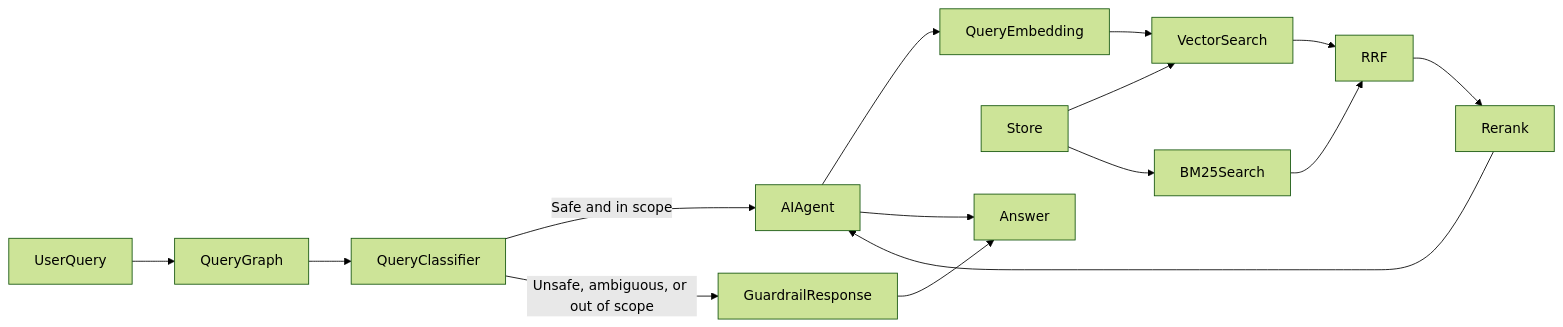
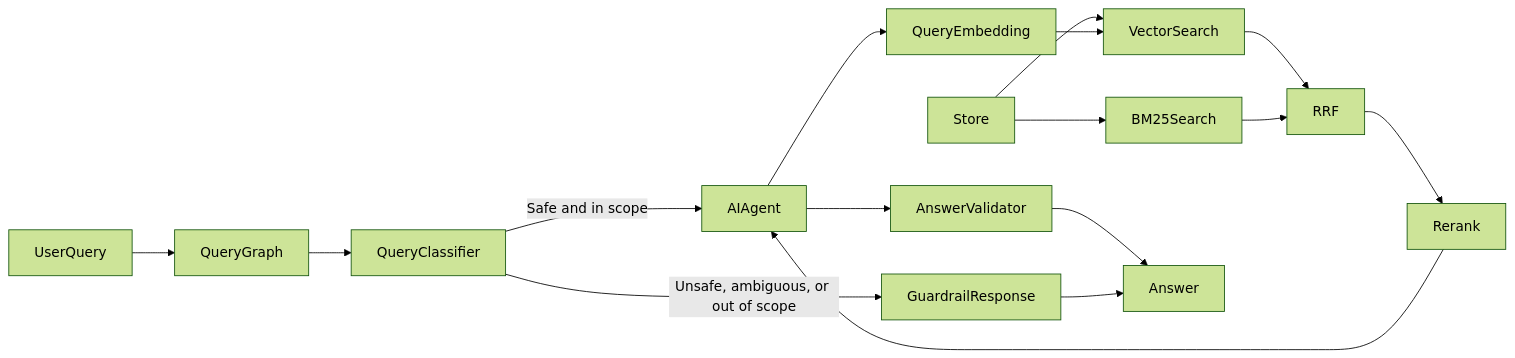
Before and after one commit to sanath95/Document-Knowledge-Base-with-Source-Grounding: the second of 2 diagrams in README.md, drawn with Mermaid (forest theme). The commit also changed other lines of this file and 7 other files, not shown here.

````diff
--- a/README.md
+++ b/README.md
@@ -33,17 +34,18 @@
 ```mermaid
 flowchart LR
     UserQuery --> QueryGraph
     QueryGraph --> QueryClassifier
     QueryClassifier -->|Safe and in scope| AIAgent
     QueryClassifier -->|Unsafe, ambiguous, or out of scope| GuardrailResponse
     AIAgent --> QueryEmbedding
     Store --> VectorSearch
     Store --> BM25Search
     QueryEmbedding --> VectorSearch
     VectorSearch --> RRF
     BM25Search --> RRF
     RRF --> Rerank
     Rerank --> AIAgent
-    AIAgent --> Answer
+    AIAgent --> AnswerValidator
+    AnswerValidator --> Answer
     GuardrailResponse --> Answer
 ```
````
